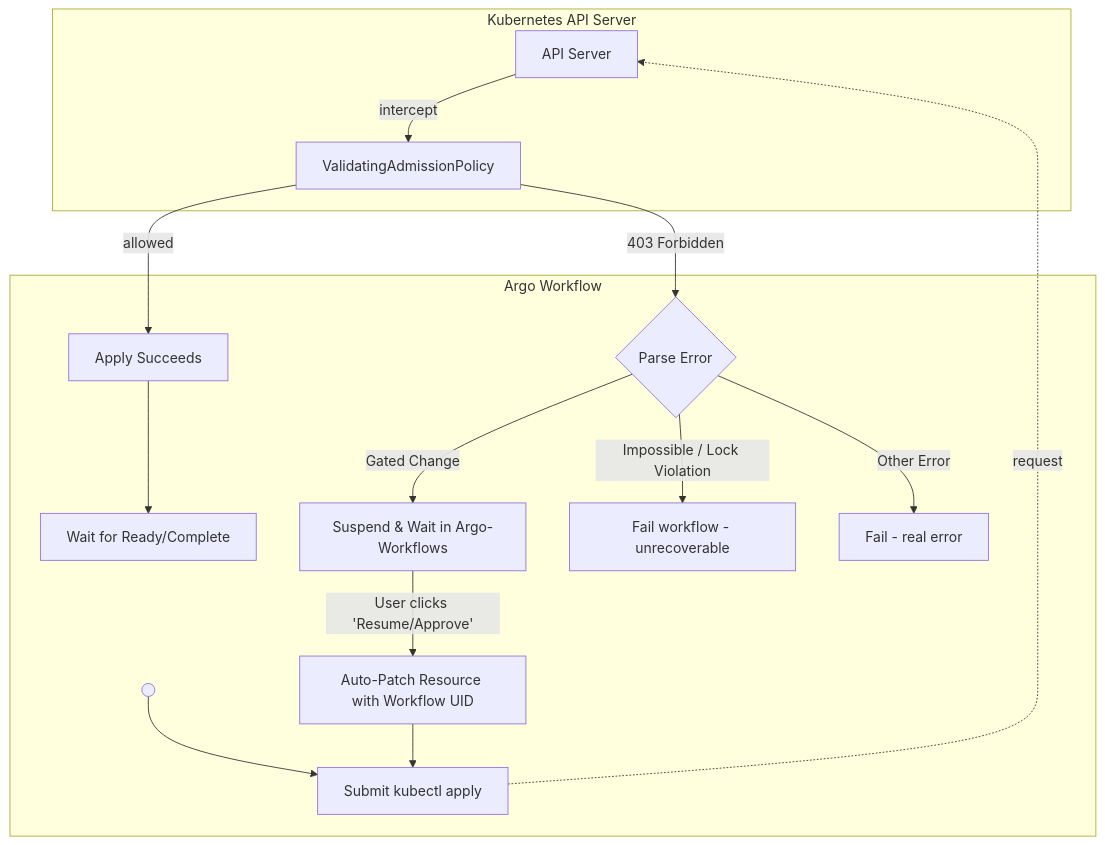
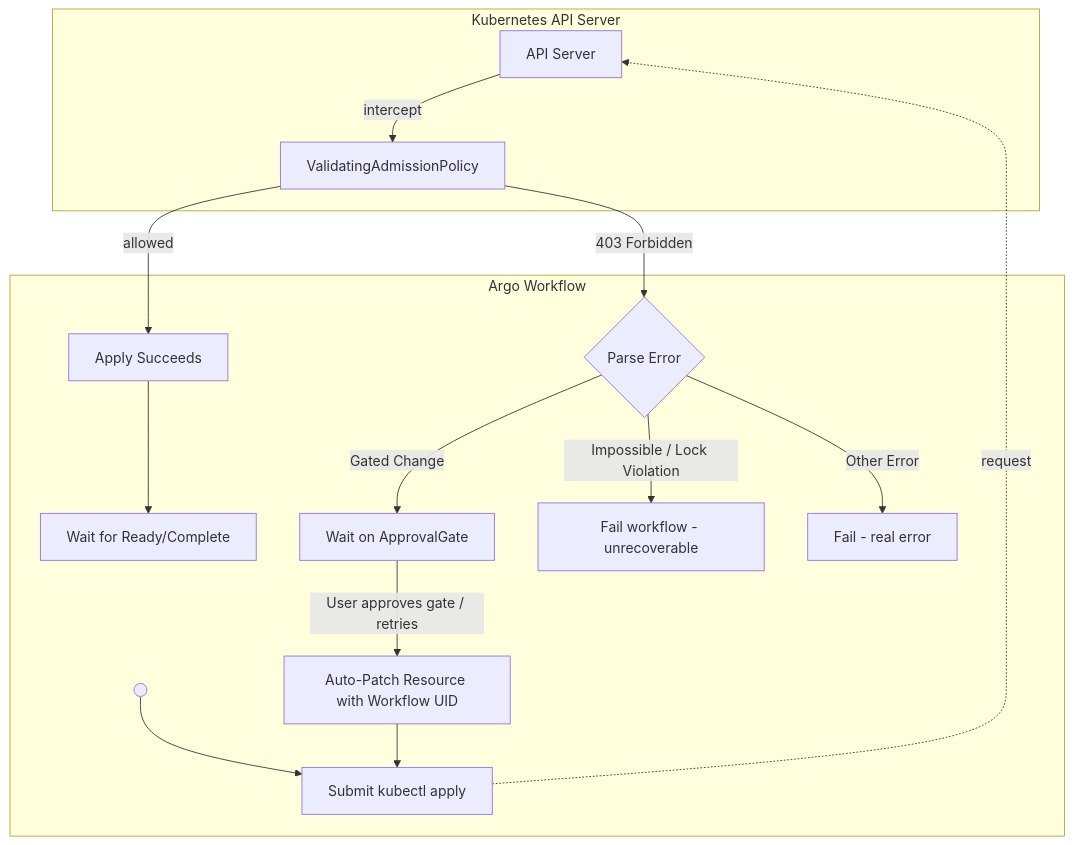
Before and after one commit to opensearch-project/opensearch-migrations: the diagram in docs/reconfiguringWorkflows.md, drawn with Mermaid. The commit also changed other lines of this file and 15 other files, not shown here.

````diff
--- a/docs/reconfiguringWorkflows.md
+++ b/docs/reconfiguringWorkflows.md
@@ -39,22 +51,22 @@
 ```mermaid
 flowchart TB
     subgraph K8s["Kubernetes API Server"]
         API[API Server]
         VAP[ValidatingAdmissionPolicy]
         API -->|intercept| VAP
     end
 
     subgraph Workflow["Argo Workflow"]
         Start(( )) --> A
         A[Submit kubectl apply] -.->|request| API
         VAP -->|allowed| R[Apply Succeeds]
         VAP -->|"403 Forbidden"| C{Parse Error}
         R --> B[Wait for Ready/Complete]
-        C -->|"Gated Change"| D[Suspend & Wait in Argo-Workflows]
+        C -->|"Gated Change"| D[Wait on ApprovalGate]
         C -->|"Impossible / Lock Violation"| E[Fail workflow - unrecoverable]
         C -->|"Other Error"| F[Fail - real error]
         
-        D -->|"User clicks 'Resume/Approve'"| G[Auto-Patch Resource with Workflow UID]
+        D -->|"User approves gate / retries"| G[Auto-Patch Resource with Workflow UID]
         G --> A
     end
 ```
````
